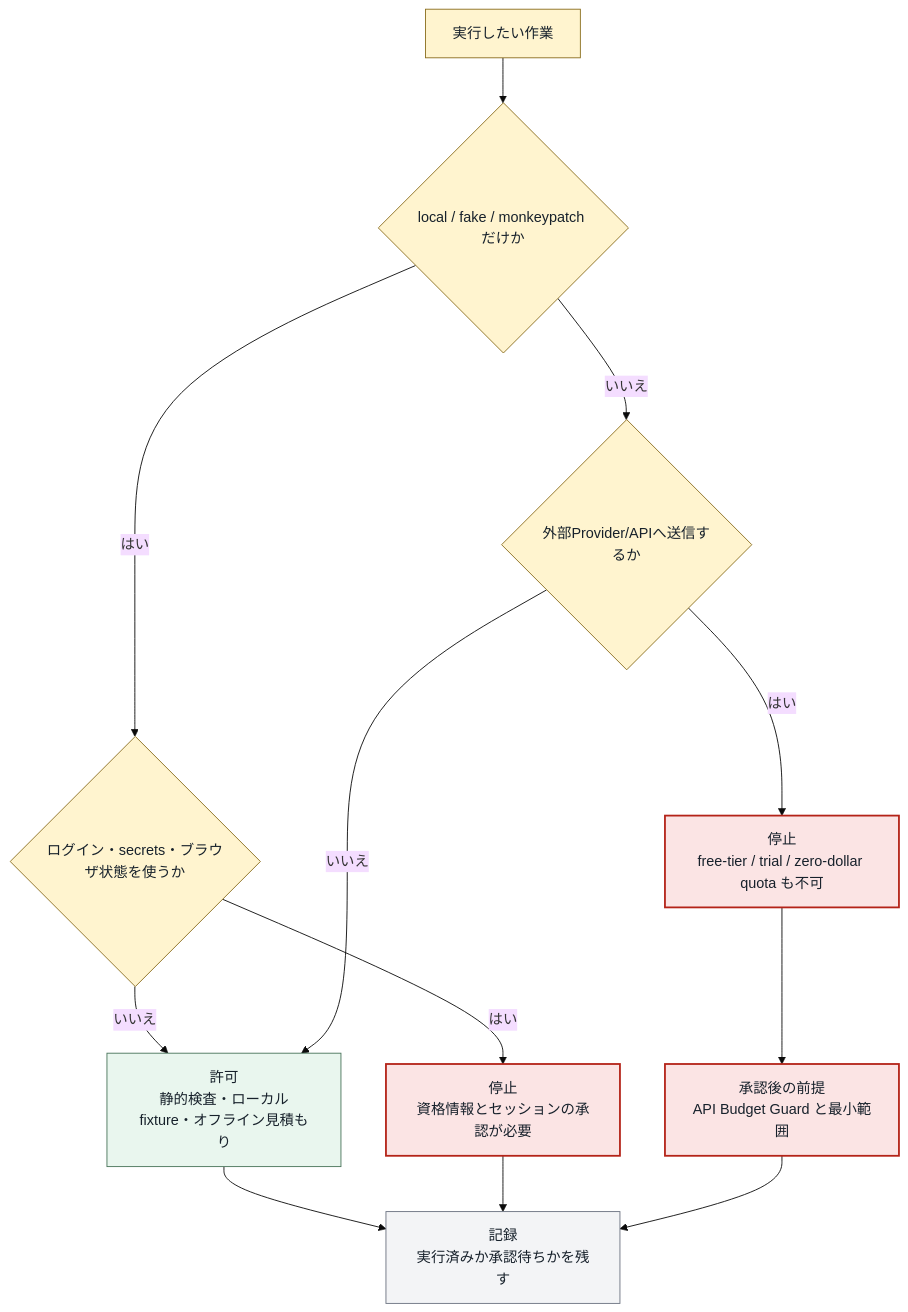
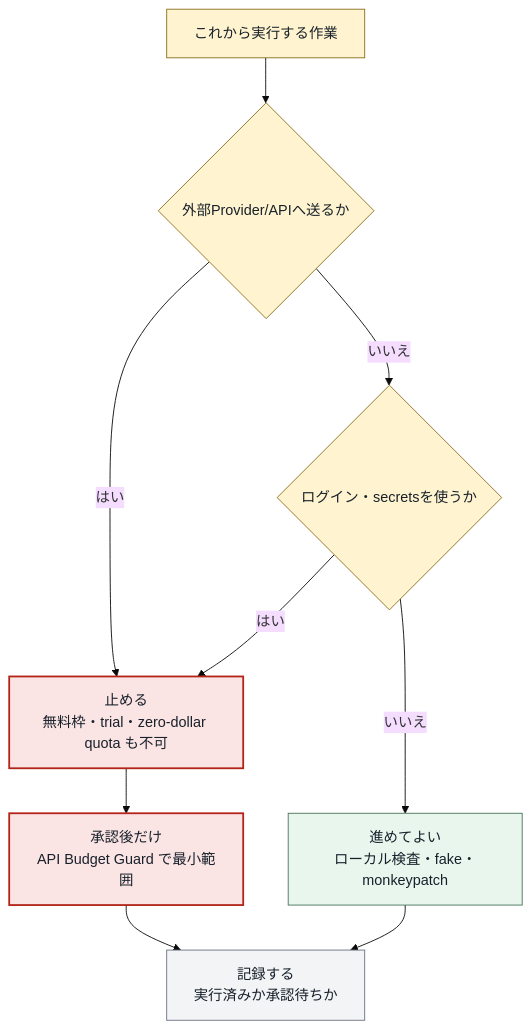
Before and after one commit to masanori64/research_x: the diagram in docs/presentation/mermaid/redesign/current/04-provider-quota-gate.mmd, drawn with Mermaid (base theme). The commit also changed 12 other files, not shown here.

Commit message:
Redesign Mermaid diagrams around request-to-answer flow

```diff
--- a/docs/presentation/mermaid/redesign/current/04-provider-quota-gate.mmd
+++ b/docs/presentation/mermaid/redesign/current/04-provider-quota-gate.mmd
@@ -1,26 +1,21 @@
 flowchart TB
-  %% 現状の provider / quota gate 図: no-quota freeze 中に何を許可し、何を止めるかを見る
+  %% 現状の provider / quota gate 図: 今すぐ実行できる作業と止める作業を分ける
 
+  classDef ask fill:#fff4cf,stroke:#8a6d1d,color:#17212b
   classDef ok fill:#e9f6ee,stroke:#49745a,color:#17212b
-  classDef ask fill:#fff4cf,stroke:#8a6d1d,color:#17212b
   classDef stop fill:#fbe4e4,stroke:#b42318,color:#17212b,stroke-width:2px
   classDef record fill:#f3f4f6,stroke:#6b7280,color:#17212b
 
-  request["実行したい作業"]:::ask
-  local_check{"local / fake / monkeypatch だけか"}:::ask
-  secret_check{"ログイン・secrets・ブラウザ状態を使うか"}:::ask
-  provider_check{"外部Provider/APIへ送信するか"}:::ask
+  work["これから実行する作業"]:::ask
+  provider{"外部Provider/APIへ送るか"}:::ask
+  secret{"ログイン・secretsを使うか"}:::ask
+  allowed["進めてよい<br/>ローカル検査・fake・monkeypatch"]:::ok
+  blocked["止める<br/>無料枠・trial・zero-dollar quota も不可"]:::stop
+  approval["承認後だけ<br/>API Budget Guard で最小範囲"]:::stop
+  record["記録する<br/>実行済みか承認待ちか"]:::record
 
-  allowed["許可<br/>静的検査・ローカルfixture・オフライン見積もり"]:::ok
-  secret_stop["停止<br/>資格情報とセッションの承認が必要"]:::stop
-  provider_stop["停止<br/>free-tier / trial / zero-dollar quota も不可"]:::stop
-  budget["承認後の前提<br/>API Budget Guard と最小範囲"]:::stop
-  trace["記録<br/>実行済みか承認待ちかを残す"]:::record
-
-  request --> local_check
-  local_check -->|"はい"| secret_check
-  local_check -->|"いいえ"| provider_check
-  secret_check -->|"いいえ"| allowed --> trace
-  secret_check -->|"はい"| secret_stop --> trace
-  provider_check -->|"はい"| provider_stop --> budget --> trace
-  provider_check -->|"いいえ"| allowed
+  work --> provider
+  provider -->|"はい"| blocked --> approval --> record
+  provider -->|"いいえ"| secret
+  secret -->|"はい"| blocked
+  secret -->|"いいえ"| allowed --> record
```
